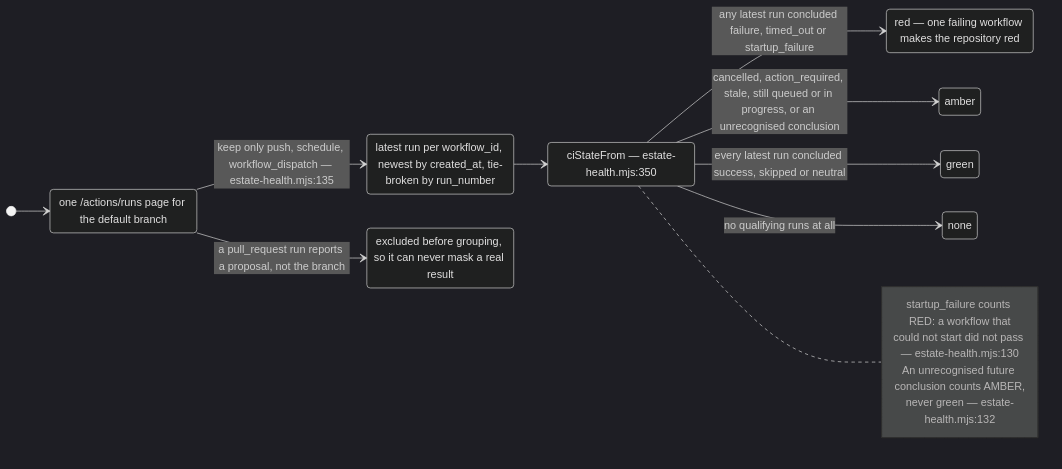
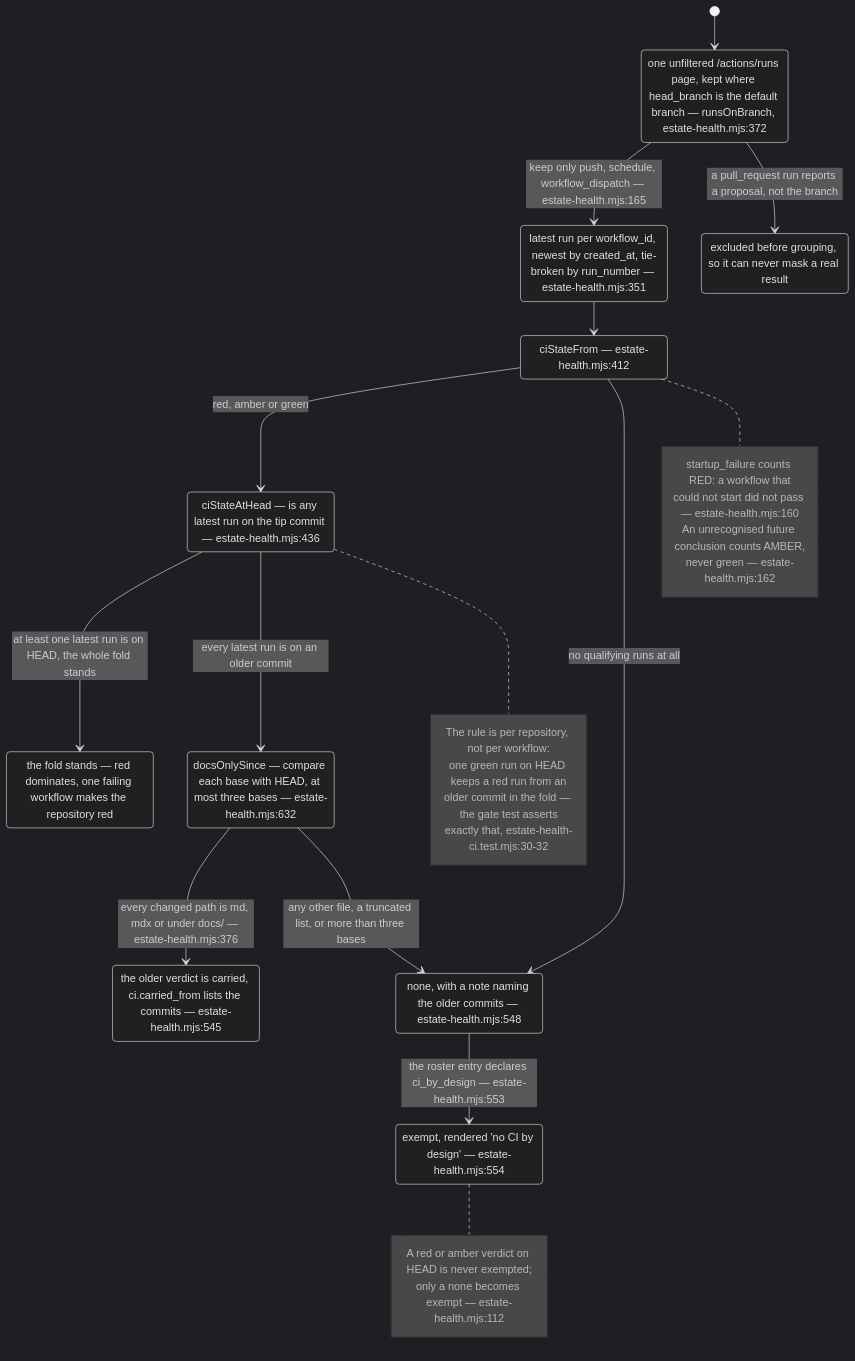
One commit to DreamLab-AI/VisionFlow changed the fourth of 9 diagrams in docs/diagrams/visionflow/03-estate-health.md. Above: the diagram before and after it, drawn with Mermaid (dark theme). The commit also changed other lines of this file and 94 other files, not shown here.

First line of the commit message:
docs(diagrams): re-verify 130 topics against 2 October HEADs

````diff
--- a/docs/diagrams/visionflow/03-estate-health.md
+++ b/docs/diagrams/visionflow/03-estate-health.md
@@ -115,26 +119,41 @@
 ```mermaid
 stateDiagram-v2
-    direction LR
+    direction TB
     [*] --> Filter
-    state "one /actions/runs page for the default branch" as Filter
-    Filter --> Group : keep only push, schedule, workflow_dispatch — estate-health.mjs:135
+    state "one unfiltered /actions/runs page, kept where head_branch is the default branch — runsOnBranch, estate-health.mjs:372" as Filter
+    Filter --> Group : keep only push, schedule, workflow_dispatch — estate-health.mjs:165
     Filter --> Dropped : a pull_request run reports a proposal, not the branch
-    state "latest run per workflow_id, newest by created_at, tie-broken by run_number" as Group
+    state "latest run per workflow_id, newest by created_at, tie-broken by run_number — estate-health.mjs:351" as Group
     Group --> Fold
-    state "ciStateFrom — estate-health.mjs:350" as Fold
-    Fold --> Red : any latest run concluded failure, timed_out or startup_failure
-    Fold --> Amber : cancelled, action_required, stale, still queued or in progress, or an unrecognised conclusion
-    Fold --> Green : every latest run concluded success, skipped or neutral
+    state "ciStateFrom — estate-health.mjs:412" as Fold
+    Fold --> AtHead : red, amber or green
     Fold --> NoneState : no qualifying runs at all
-    state "red — one failing workflow makes the repository red" as Red
-    state "amber" as Amber
-    state "green" as Green
-    state "none" as NoneState
+    state "ciStateAtHead — is any latest run on the tip commit — estate-health.mjs:436" as AtHead
+    AtHead --> Kept : at least one latest run is on HEAD, the whole fold stands
+    AtHead --> Older : every latest run is on an older commit
+    state "docsOnlySince — compare each base with HEAD, at most three bases — estate-health.mjs:632" as Older
+    Older --> Carried : every changed path is md, mdx or under docs/ — estate-health.mjs:376
+    Older --> NoneState : any other file, a truncated list, or more than three bases
+    state "the fold stands — red dominates, one failing workflow makes the repository red" as Kept
+    state "the older verdict is carried, ci.carried_from lists the commits — estate-health.mjs:545" as Carried
+    state "none, with a note naming the older commits — estate-health.mjs:548" as NoneState
+    NoneState --> Exempt : the roster entry declares ci_by_design — estate-health.mjs:553
+    state "exempt, rendered 'no CI by design' — estate-health.mjs:554" as Exempt
     state "excluded before grouping, so it can never mask a real result" as Dropped
     note right of Fold
       startup_failure counts RED: a workflow that
-      could not start did not pass — estate-health.mjs:130
+      could not start did not pass — estate-health.mjs:160
       An unrecognised future conclusion counts AMBER,
-      never green — estate-health.mjs:132
+      never green — estate-health.mjs:162
+    end note
+    note right of AtHead
+      The rule is per repository, not per workflow:
+      one green run on HEAD keeps a red run from an
+      older commit in the fold — the gate test asserts
+      exactly that, estate-health-ci.test.mjs:30-32
+    end note
+    note right of Exempt
+      A red or amber verdict on HEAD is never exempted;
+      only a none becomes exempt — estate-health.mjs:112
     end note
 ```
````
